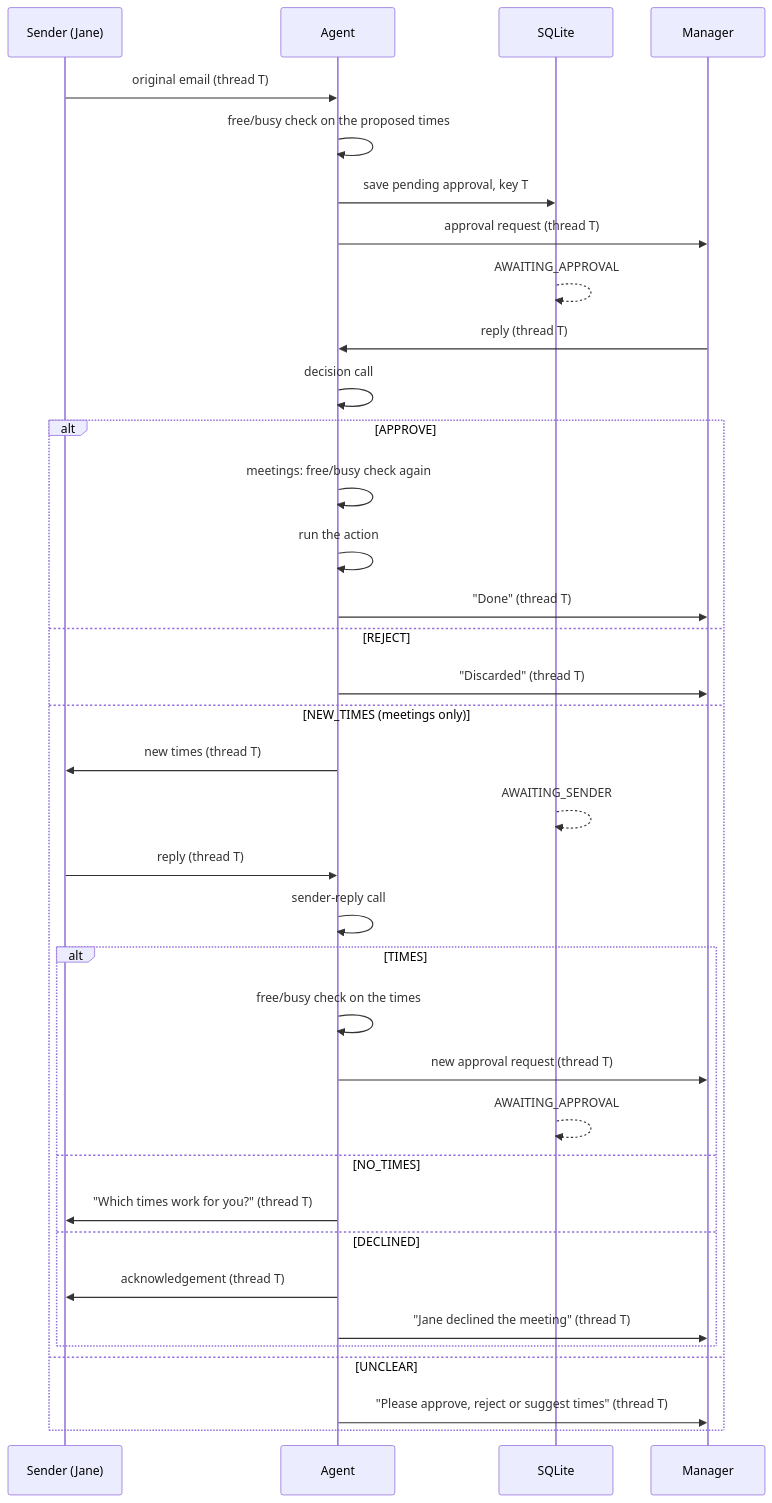
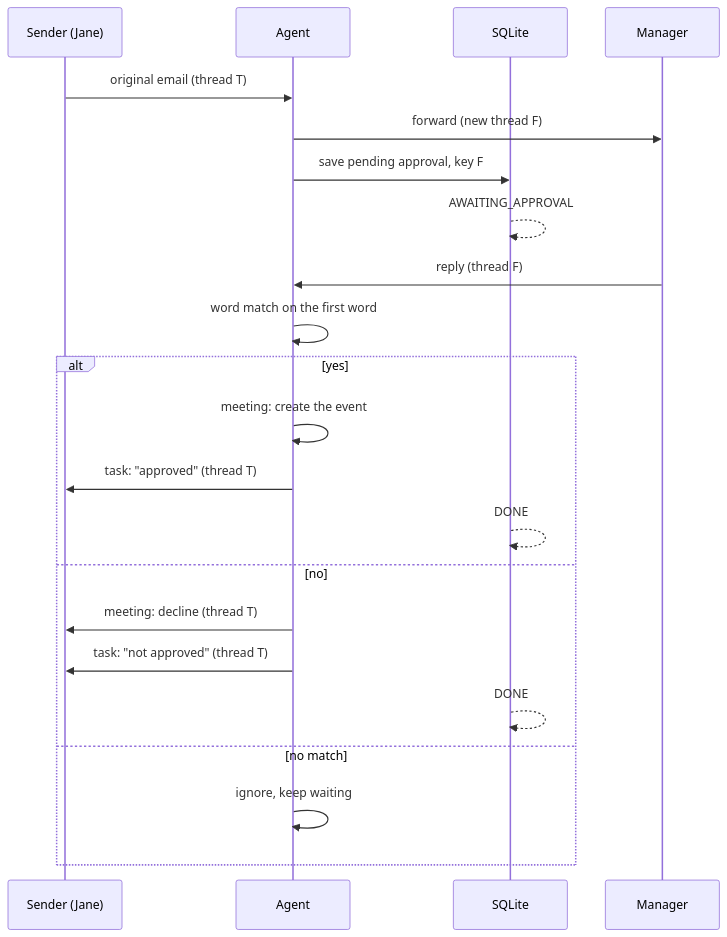
Before and after one commit to andreicaminschi/ai-email-assistant: the first of 2 diagrams in docs/approval.md, drawn with Mermaid. The commit also changed other lines of this file and 41 other files, not shown here.

First line of the commit message:
docs: simplify flows to per-pair handlers and yes/no approval

````diff
--- a/docs/approval.md
+++ b/docs/approval.md
@@ -44,39 +43,25 @@
 ```mermaid
 sequenceDiagram
     participant S as Sender (Jane)
     participant A as Agent
     participant DB as SQLite
     participant M as Manager
 
     S->>A: original email (thread T)
-    A->>A: free/busy check on the proposed times
-    A->>DB: save pending approval, key T
-    A->>M: approval request (thread T)
+    A->>M: forward (new thread F)
+    A->>DB: save pending approval, key F
     DB-->>DB: AWAITING_APPROVAL
-    M->>A: reply (thread T)
-    A->>A: decision call
-    alt APPROVE
-        A->>A: meetings: free/busy check again
-        A->>A: run the action
-        A->>M: "Done" (thread T)
-    else REJECT
-        A->>M: "Discarded" (thread T)
-    else NEW_TIMES (meetings only)
-        A->>S: new times (thread T)
-        DB-->>DB: AWAITING_SENDER
-        S->>A: reply (thread T)
-        A->>A: sender-reply call
-        alt TIMES
-            A->>A: free/busy check on the times
-            A->>M: new approval request (thread T)
-            DB-->>DB: AWAITING_APPROVAL
-        else NO_TIMES
-            A->>S: "Which times work for you?" (thread T)
-        else DECLINED
-            A->>S: acknowledgement (thread T)
-            A->>M: "Jane declined the meeting" (thread T)
-        end
-    else UNCLEAR
-        A->>M: "Please approve, reject or suggest times" (thread T)
+    M->>A: reply (thread F)
+    A->>A: word match on the first word
+    alt yes
+        A->>A: meeting: create the event
+        A->>S: task: "approved" (thread T)
+        DB-->>DB: DONE
+    else no
+        A->>S: meeting: decline (thread T)
+        A->>S: task: "not approved" (thread T)
+        DB-->>DB: DONE
+    else no match
+        A->>A: ignore, keep waiting
     end
 ```
````
